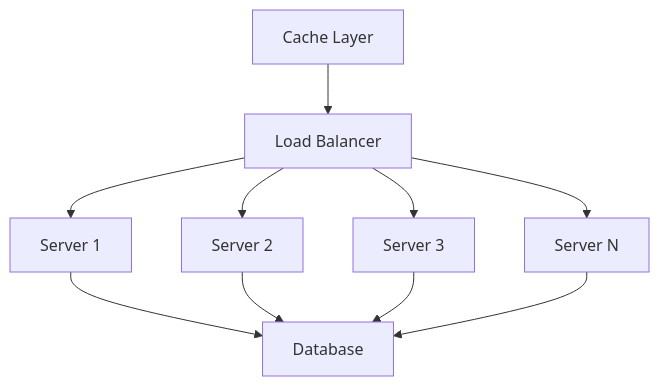
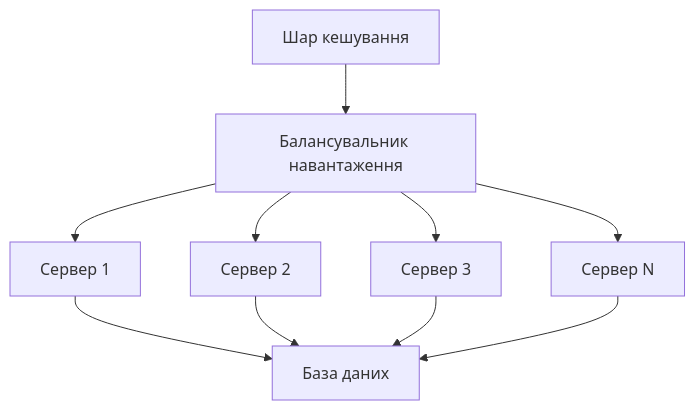
Before and after one commit to olroi421/course-opi-v2: the second of 4 diagrams in lectures/lecture-16.md, drawn with Mermaid. The commit also changed other lines of this file and 9 other files, not shown here.

````diff
--- a/lectures/lecture-16.md
+++ b/lectures/lecture-16.md
@@ -129,14 +155,14 @@
 ```mermaid
 graph TB
-    A[Load Balancer] --> B[Server 1]
-    A --> C[Server 2]
-    A --> D[Server 3]
-    A --> E[Server N]
-    
-    B --> F[Database]
+    A[Балансувальник навантаження] --> B[Сервер 1]
+    A --> C[Сервер 2]
+    A --> D[Сервер 3]
+    A --> E[Сервер N]
+
+    B --> F[База даних]
     C --> F
     D --> F
     E --> F
-    
-    G[Cache Layer] --> A
+
+    G[Шар кешування] --> A
 ```
````
